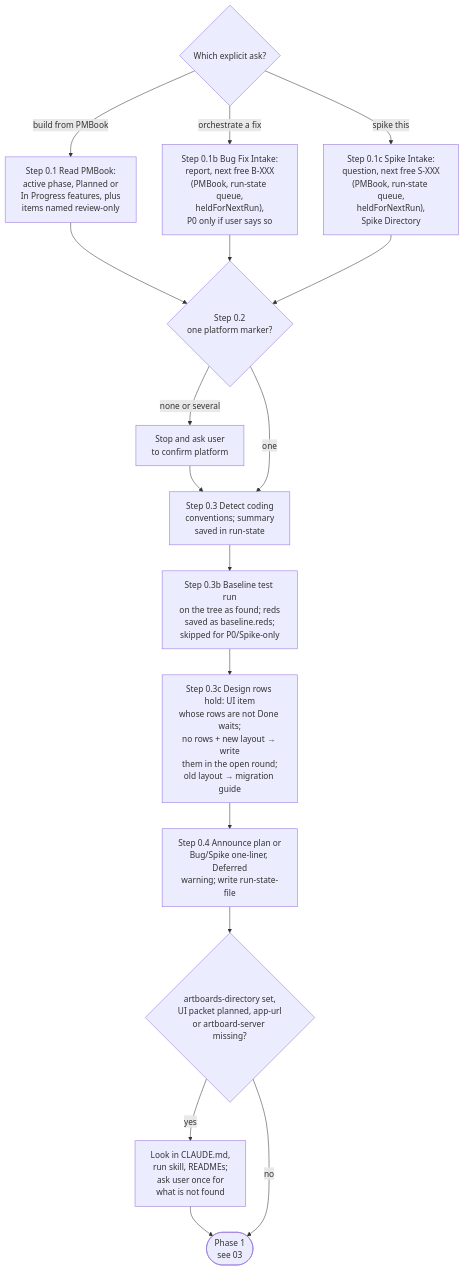
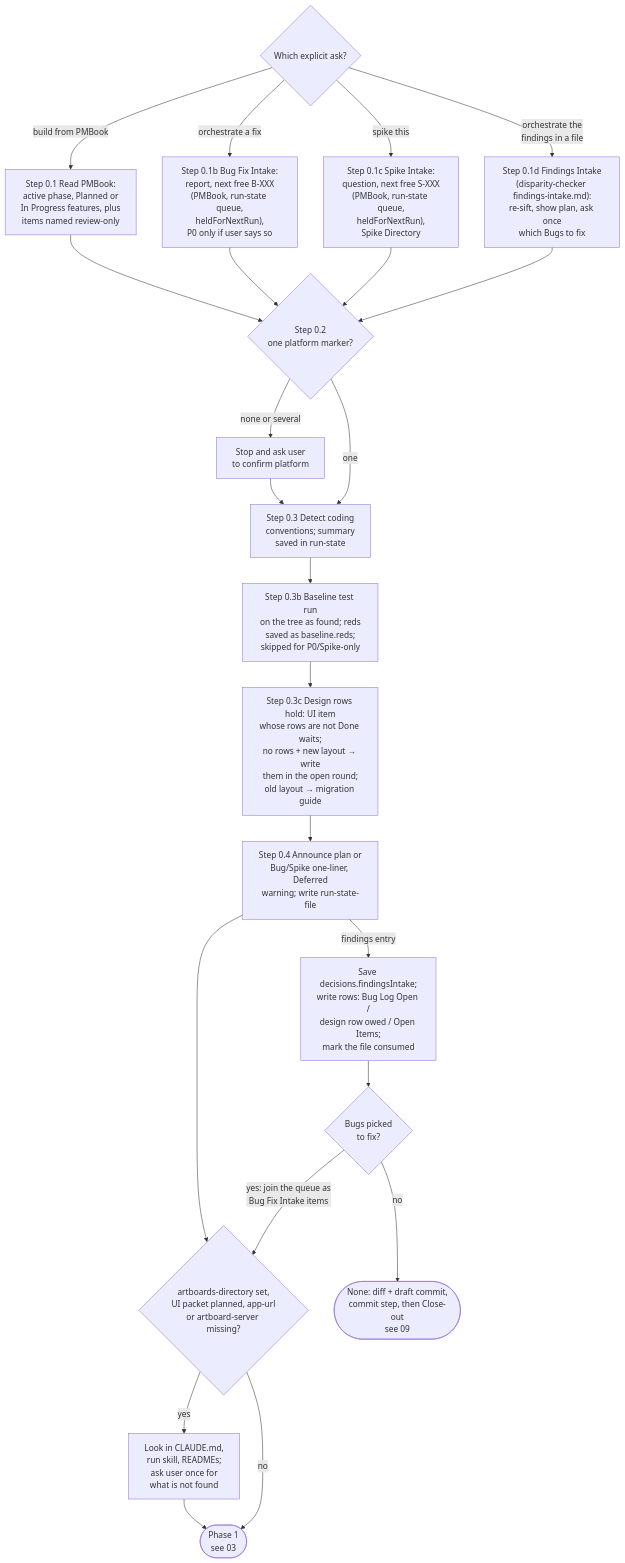
Before and after one commit to muhammedalikhan86/claude-stash: the second of 2 diagrams in skills/orchestrator-development-pattern/mermaid/02-phase0-setup.md, drawn with Mermaid. The commit also changed 30 other files, not shown here.

First line of the commit message:
feat(skills): disparity-checker, findings intake, major-only parity gate; link accounts

````diff
--- a/skills/orchestrator-development-pattern/mermaid/02-phase0-setup.md
+++ b/skills/orchestrator-development-pattern/mermaid/02-phase0-setup.md
@@ -73,28 +73,37 @@
 ```mermaid
 flowchart TD
     Entry{"Which explicit ask?"}
     PMB["Step 0.1 Read PMBook:<br/>active phase, Planned or<br/>In Progress features, plus<br/>items named review-only"]
     Bug["Step 0.1b Bug Fix Intake:<br/>report, next free B-XXX<br/>(PMBook, run-state queue,<br/>heldForNextRun),<br/>P0 only if user says so"]
     Spk["Step 0.1c Spike Intake:<br/>question, next free S-XXX<br/>(PMBook, run-state queue,<br/>heldForNextRun),<br/>Spike Directory"]
+    Find["Step 0.1d Findings Intake<br/>(disparity-checker findings-intake.md):<br/>re-sift, show plan, ask once<br/>which Bugs to fix"]
+    Rows["Save decisions.findingsIntake;<br/>write rows: Bug Log Open /<br/>design row owed / Open Items;<br/>mark the file consumed"]
+    Picked{"Bugs picked<br/>to fix?"}
+    NoFix(["None: diff + draft commit,<br/>commit step, then Close-out<br/>see 09"])
     Plat{"Step 0.2<br/>one platform marker?"}
     AskPlat["Stop and ask user<br/>to confirm platform"]
     Conv["Step 0.3 Detect coding<br/>conventions; summary<br/>saved in run-state"]
     Base["Step 0.3b Baseline test run<br/>on the tree as found; reds<br/>saved as baseline.reds;<br/>skipped for P0/Spike-only"]
     Hold["Step 0.3c Design rows hold: UI item<br/>whose rows are not Done waits;<br/>no rows + new layout → write<br/>them in the open round;<br/>old layout → migration guide"]
     Ann["Step 0.4 Announce plan or<br/>Bug/Spike one-liner, Deferred<br/>warning; write run-state-file"]
     UI{"artboards-directory set,<br/>UI packet planned, app-url<br/>or artboard-server missing?"}
     AskUrl["Look in CLAUDE.md,<br/>run skill, READMEs;<br/>ask user once for<br/>what is not found"]
     Out(["Phase 1<br/>see 03"])
 
     Entry -->|"build from PMBook"| PMB
     Entry -->|"orchestrate a fix"| Bug
     Entry -->|"spike this"| Spk
+    Entry -->|"orchestrate the<br/>findings in a file"| Find
     PMB --> Plat
     Bug --> Plat
     Spk --> Plat
+    Find --> Plat
     Plat -->|"none or several"| AskPlat --> Conv
     Plat -->|one| Conv
     Conv --> Base --> Hold --> Ann --> UI
+    Ann -->|"findings entry"| Rows --> Picked
+    Picked -->|"yes: join the queue as<br/>Bug Fix Intake items"| UI
+    Picked -->|no| NoFix
     UI -->|yes| AskUrl --> Out
     UI -->|no| Out
 ```
````
